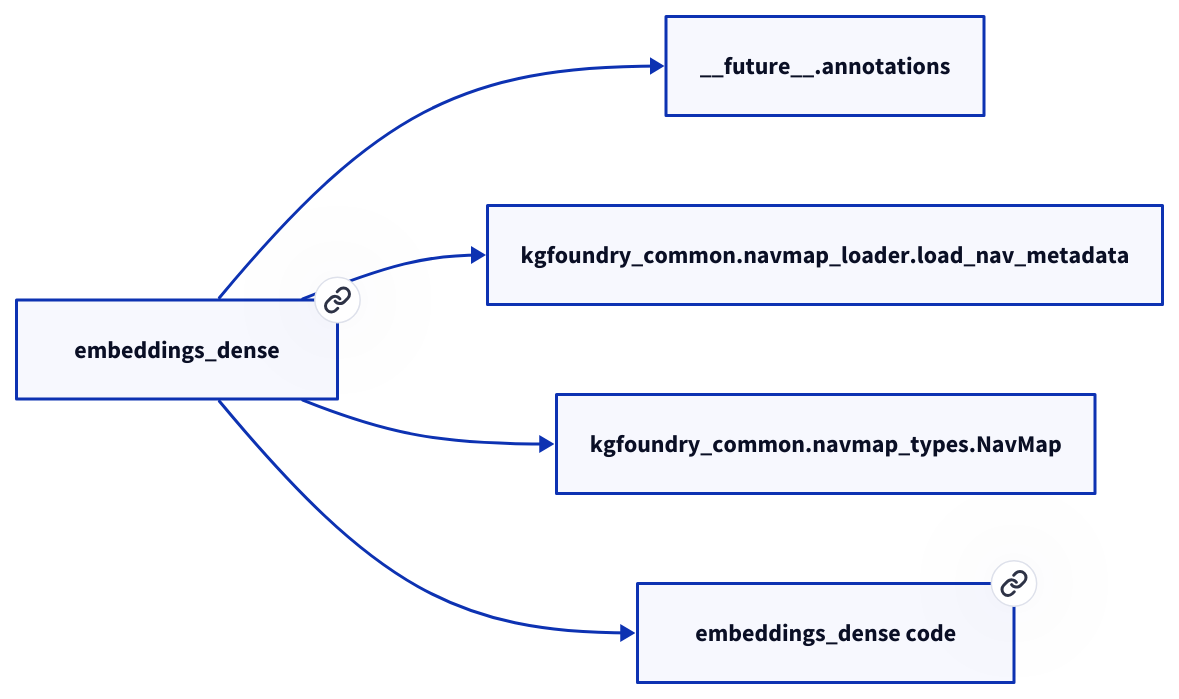
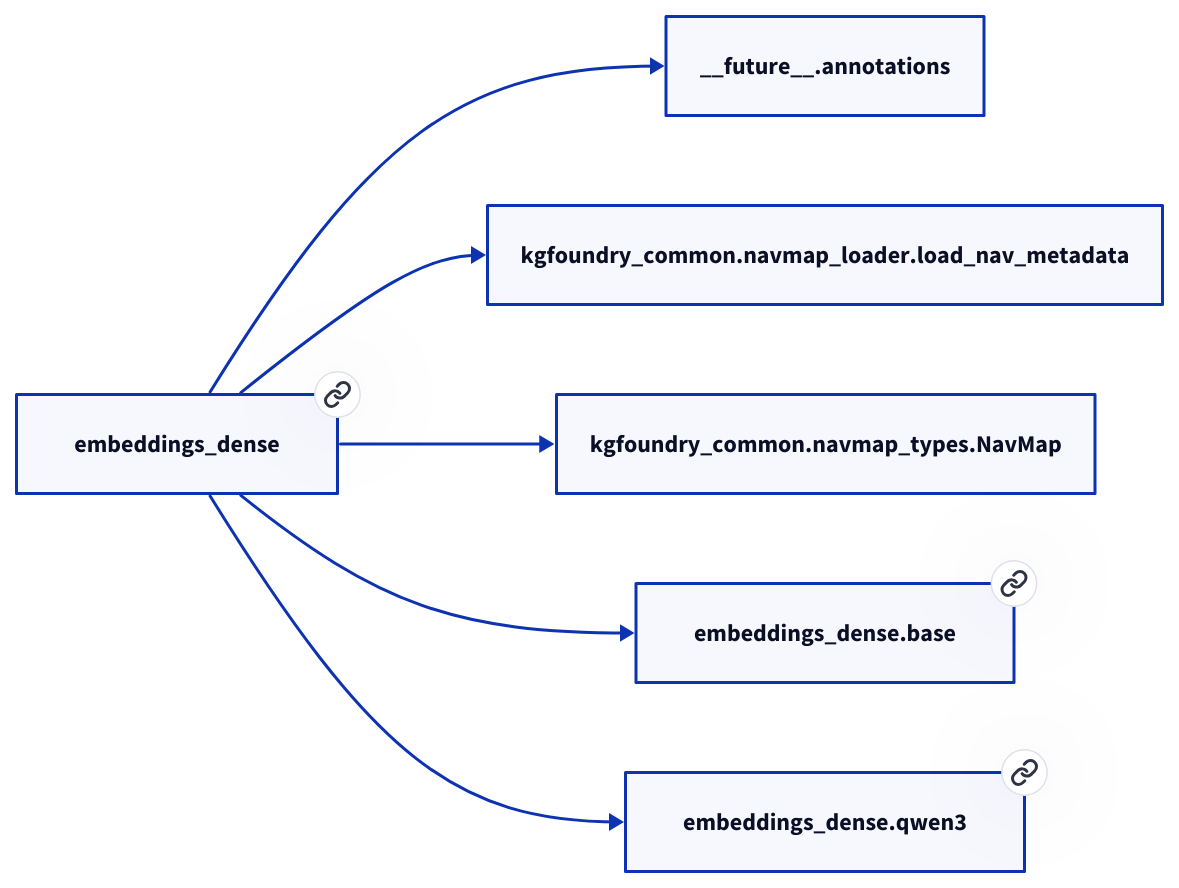
Before and after one commit to paul-heyse/kgforge: the diagram in docs/modules/embeddings_dense.md, drawn with D2. The commit also changed other lines of this file and 208 other files, not shown here.

````diff
--- a/docs/modules/embeddings_dense.md
+++ b/docs/modules/embeddings_dense.md
@@ -17,12 +21,14 @@
 ```d2
 direction: right
-"embeddings_dense": "embeddings_dense" { link: "./embeddings_dense.md" }
+"embeddings_dense": "embeddings_dense" { link: "https://github.com/paul-heyse/kgfoundry/blob/main/src/embeddings_dense/__init__.py" }
 "__future__.annotations": "__future__.annotations"
 "embeddings_dense" -> "__future__.annotations"
 "kgfoundry_common.navmap_loader.load_nav_metadata": "kgfoundry_common.navmap_loader.load_nav_metadata"
 "embeddings_dense" -> "kgfoundry_common.navmap_loader.load_nav_metadata"
 "kgfoundry_common.navmap_types.NavMap": "kgfoundry_common.navmap_types.NavMap"
 "embeddings_dense" -> "kgfoundry_common.navmap_types.NavMap"
-"embeddings_dense_code": "embeddings_dense code" { link: "https://github.com/kgfoundry/kgfoundry/blob/main/src/embeddings_dense/__init__.py" }
-"embeddings_dense" -> "embeddings_dense_code" { style: dashed }
+"embeddings_dense.base": "embeddings_dense.base" { link: "https://github.com/paul-heyse/kgfoundry/blob/main/src/embeddings_dense/base.py" }
+"embeddings_dense" -> "embeddings_dense.base" { style: dashed }
+"embeddings_dense.qwen3": "embeddings_dense.qwen3" { link: "https://github.com/paul-heyse/kgfoundry/blob/main/src/embeddings_dense/qwen3.py" }
+"embeddings_dense" -> "embeddings_dense.qwen3" { style: dashed }
 ```
````
